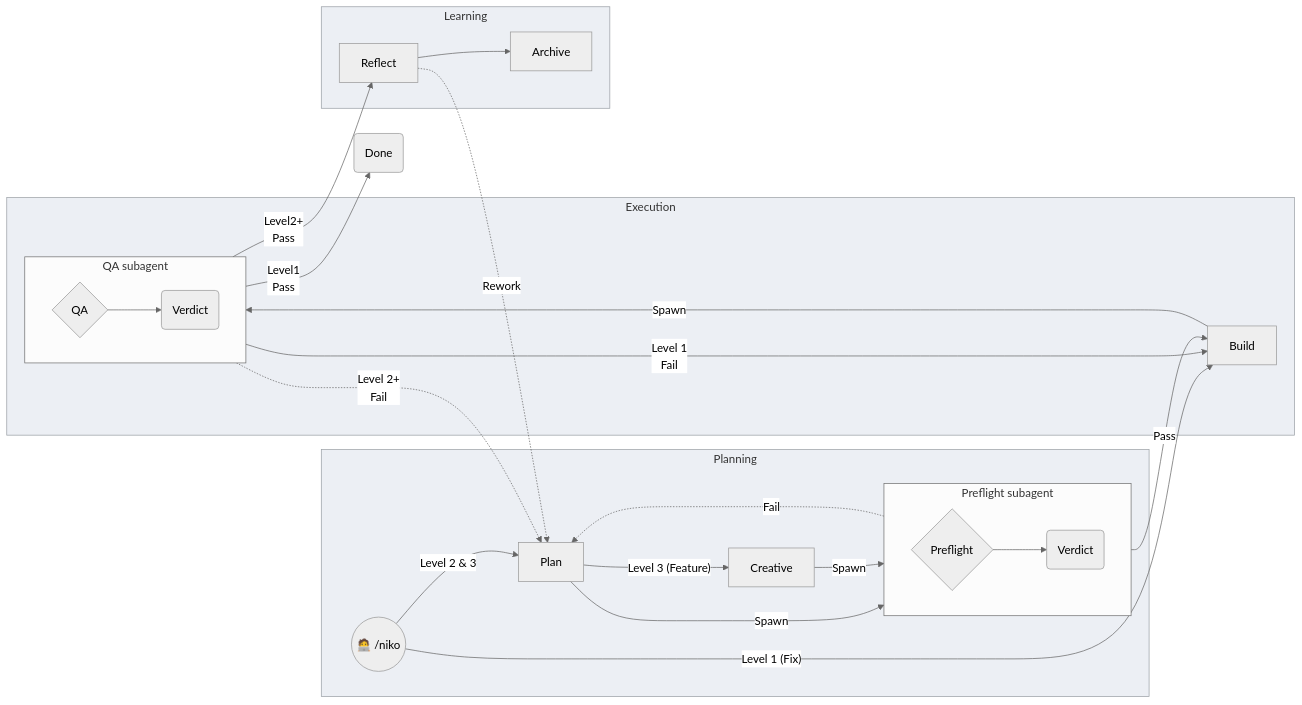
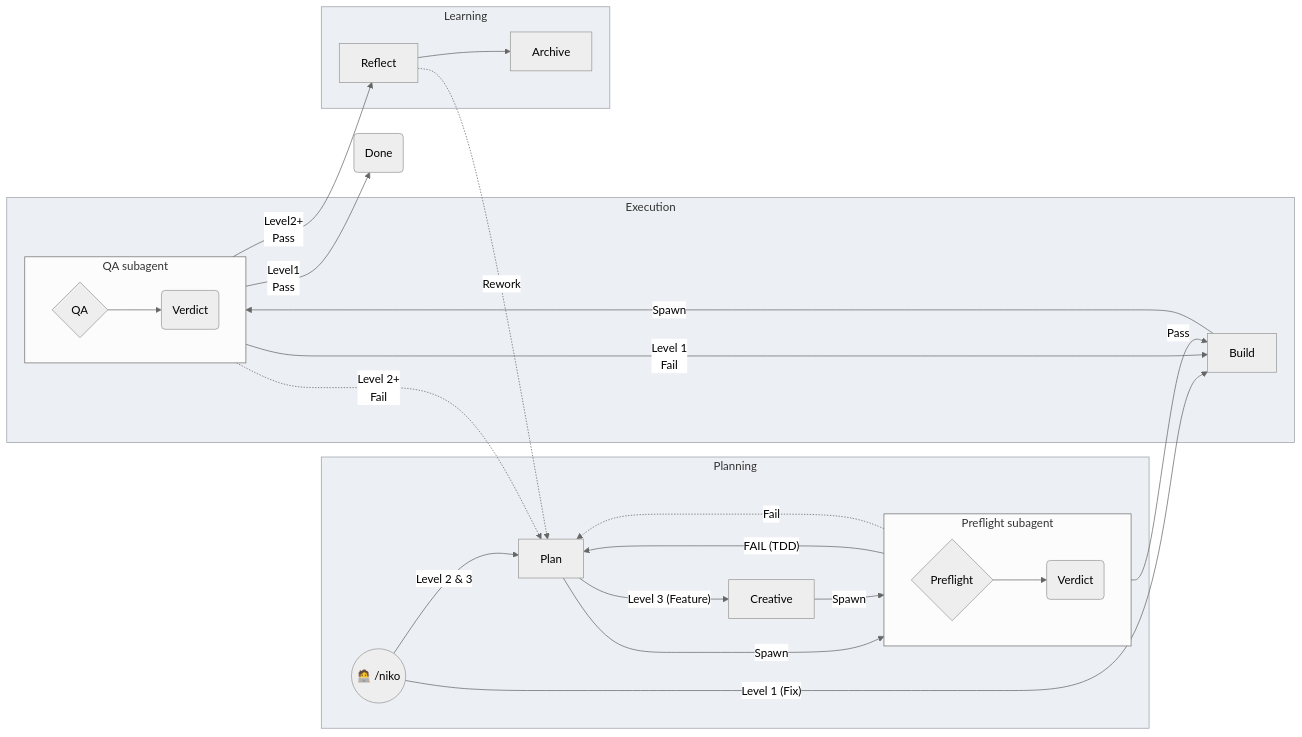
The second of 6 diagrams in rulesets/niko/README.md (Texarkanine/.cursor-rules), drawn with Mermaid (neutral theme) before and after one commit. The commit also changed other lines of this file and 13 other files, not shown here.

````diff
--- a/rulesets/niko/README.md
+++ b/rulesets/niko/README.md
@@ -93,45 +93,46 @@
 ```mermaid
 flowchart LR
 	Niko(("🧑‍💻 /niko"))
 	Archive["Archive"]
 
 	subgraph Planning
 		Plan["Plan"]
 		Creative["Creative"]
 		Niko -- "Level 2 & 3" --> Plan
 		Plan -- "Level 3 (Feature)" --> Creative
-		Plan --Spawn--> PF
-		Creative --Spawn--> PF
-		subgraph PFSA["Preflight subagent"]
+		Plan --Spawn--> NikoPreflight
+		Creative --Spawn--> NikoPreflight
+		subgraph PreflightSubagent["Preflight subagent"]
 			direction LR
-			PF{"Preflight"} --> PFV("Verdict")
+			NikoPreflight{"Preflight"} --> PreflightVerdict("Verdict")
 		end
-		PFV -.->|"Fail"| Plan
+		PreflightVerdict -->|"FAIL (TDD)"| Plan
+		PreflightVerdict -.->|"Fail"| Plan
 	end
 
 	Niko -- "Level 1 (Fix)" --> Build
-	PFV -->|"Pass"| Build
+	PreflightVerdict -->|"Pass"| Build
 
 	subgraph Execution
 		Build["Build"]
-		Build --Spawn--> QA
-		subgraph QASA["QA subagent"]
+		Build --Spawn--> NikoQA
+		subgraph QASubagent["QA subagent"]
 			direction LR
-			QA{"QA"} --> QAV("Verdict")
+			NikoQA{"QA"} --> QAVerdict("Verdict")
 		end
 	end
 
-	QAV -->|"Level 1<br>Fail"| Build
-	QAV -.->|"Level 2+<br>Fail"| Plan
-	QAV -->|"Level1<br>Pass"| Done("Done")
-	QAV -->|"Level2+<br>Pass"| Reflect
+	QAVerdict -->|"Level 1<br>Fail"| Build
+	QAVerdict -.->|"Level 2+<br>Fail"| Plan
+	QAVerdict -->|"Level1<br>Pass"| Done("Done")
+	QAVerdict -->|"Level2+<br>Pass"| Reflect
 
 	subgraph Learning
 		Reflect["Reflect"]
 		Reflect -.->|"Rework"| Plan
 		Reflect --> Archive
 	end
 
 	classDef ideology fill:#eceff4,stroke:#9aa0a6,color:#333
 	class Planning,Execution,Learning ideology
 ```
````
